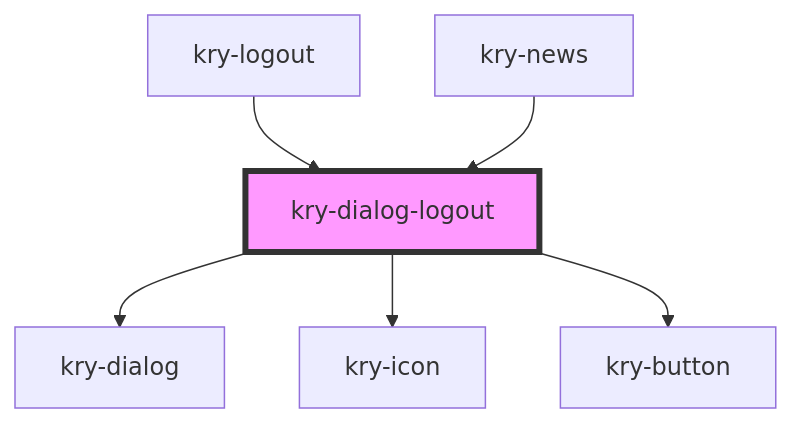
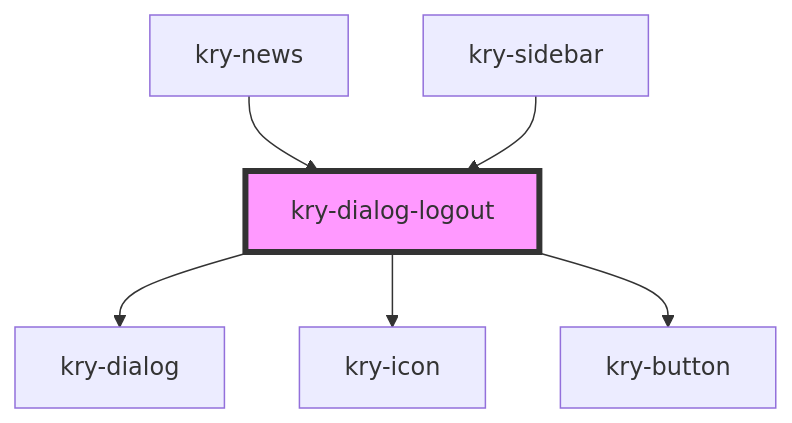
One commit to nathan2slime/spacekrypton-legacy changed the diagram in libs/core/src/composites/dialog-logout/readme.md. Above: the diagram before and after it, drawn with Mermaid. The commit also changed other lines of this file and 57 other files, not shown here.

````diff
--- a/libs/core/src/composites/dialog-logout/readme.md
+++ b/libs/core/src/composites/dialog-logout/readme.md
@@ -35,9 +35,9 @@
 ```mermaid
 graph TD;
   kry-dialog-logout --> kry-dialog
   kry-dialog-logout --> kry-icon
   kry-dialog-logout --> kry-button
-  kry-logout --> kry-dialog-logout
   kry-news --> kry-dialog-logout
+  kry-sidebar --> kry-dialog-logout
   style kry-dialog-logout fill:#f9f,stroke:#333,stroke-width:4px
 ```
````
